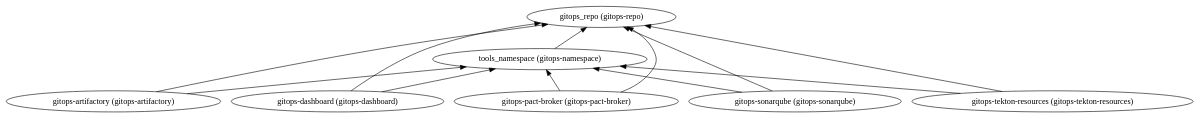
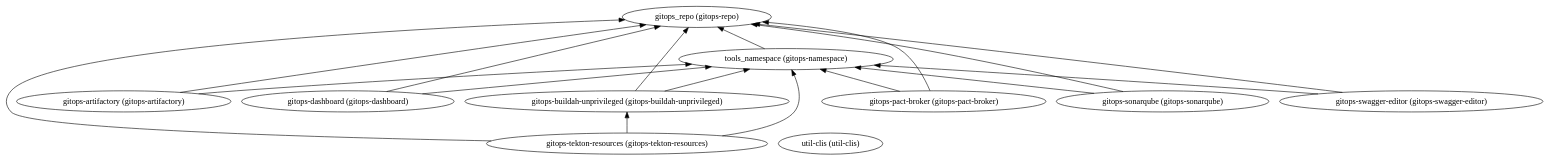
Before and after one commit to IBM/automation-aws-infra-openshift: the diagram in 1-quickstart/220-dev-tools/dependencies.dot, drawn with Graphviz. The commit also changed 27 other files, not shown here.

```diff
--- a/1-quickstart/220-dev-tools/dependencies.dot
+++ b/1-quickstart/220-dev-tools/dependencies.dot
@@ -1,21 +1,29 @@
 digraph {
     rankdir="BT"
     "gitops-artifactory (gitops-artifactory)" -> "gitops_repo (gitops-repo)"
 "gitops-artifactory (gitops-artifactory)" -> "tools_namespace (gitops-namespace)"
 "gitops-artifactory (gitops-artifactory)"
 "gitops_repo (gitops-repo)"
 "tools_namespace (gitops-namespace)" -> "gitops_repo (gitops-repo)"
 "tools_namespace (gitops-namespace)"
 "gitops-dashboard (gitops-dashboard)" -> "gitops_repo (gitops-repo)"
 "gitops-dashboard (gitops-dashboard)" -> "tools_namespace (gitops-namespace)"
 "gitops-dashboard (gitops-dashboard)"
 "gitops-pact-broker (gitops-pact-broker)" -> "gitops_repo (gitops-repo)"
 "gitops-pact-broker (gitops-pact-broker)" -> "tools_namespace (gitops-namespace)"
 "gitops-pact-broker (gitops-pact-broker)"
 "gitops-sonarqube (gitops-sonarqube)" -> "gitops_repo (gitops-repo)"
 "gitops-sonarqube (gitops-sonarqube)" -> "tools_namespace (gitops-namespace)"
 "gitops-sonarqube (gitops-sonarqube)"
+"gitops-swagger-editor (gitops-swagger-editor)" -> "gitops_repo (gitops-repo)"
+"gitops-swagger-editor (gitops-swagger-editor)" -> "tools_namespace (gitops-namespace)"
+"gitops-swagger-editor (gitops-swagger-editor)"
 "gitops-tekton-resources (gitops-tekton-resources)" -> "gitops_repo (gitops-repo)"
 "gitops-tekton-resources (gitops-tekton-resources)" -> "tools_namespace (gitops-namespace)"
+"gitops-tekton-resources (gitops-tekton-resources)" -> "gitops-buildah-unprivileged (gitops-buildah-unprivileged)"
 "gitops-tekton-resources (gitops-tekton-resources)"
+"gitops-buildah-unprivileged (gitops-buildah-unprivileged)" -> "gitops_repo (gitops-repo)"
+"gitops-buildah-unprivileged (gitops-buildah-unprivileged)" -> "tools_namespace (gitops-namespace)"
+"gitops-buildah-unprivileged (gitops-buildah-unprivileged)"
+"util-clis (util-clis)"
   }
```
